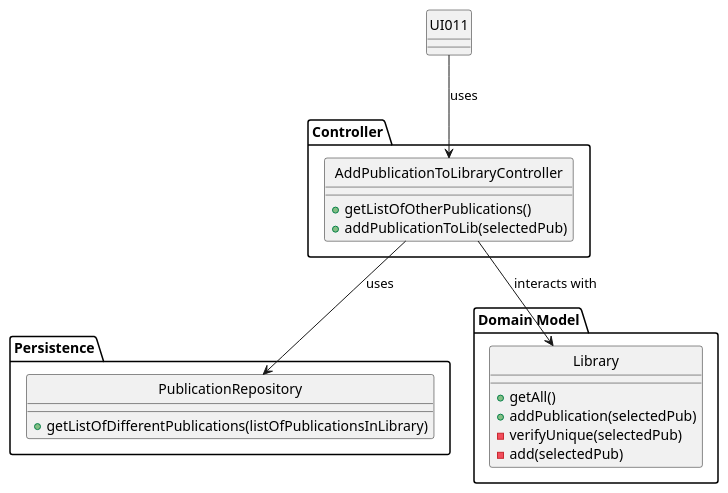
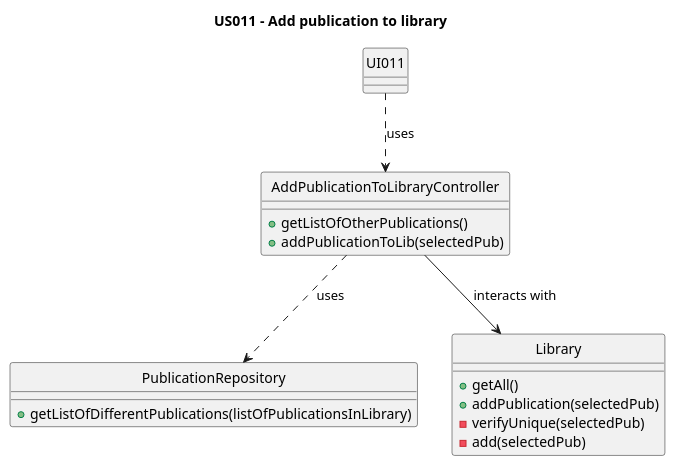
Before and after one commit to AndrePereiraGitH/SWitCH-Project-Team_A: the diagram in Diagrams/ClassDiagrams/US011-To-Add-A-Publication-To-Library.puml, drawn with PlantUML. The commit also changed 3 other files, not shown here.

Commit message:
Working on #106 #104, changes to the SD and CD diagrams (@RodrigoSPTD)

```diff
--- a/Diagrams/ClassDiagrams/US011-To-Add-A-Publication-To-Library.puml
+++ b/Diagrams/ClassDiagrams/US011-To-Add-A-Publication-To-Library.puml
@@ -1,37 +1,39 @@
 @startuml
+title US011 - Add publication to library
 
 hide circle
 
 
-
-package "Controller" {
-    class AddPublicationToLibraryController {
-        + getListOfOtherPublications()
-        + addPublicationToLib(selectedPub)
-    }
+class UI011 {
 }
 
-package "Persistence" {
-    class PublicationRepository {
-        + getListOfDifferentPublications(listOfPublicationsInLibrary)
-    }
-}
-
-package "Domain Model" {
-    class Library {
-        + getAll()
-        + addPublication(selectedPub)
-        - verifyUnique(selectedPub)
-        - add(selectedPub)
-    }
-
+class AddPublicationToLibraryController {
+    + getListOfOtherPublications()
+    + addPublicationToLib(selectedPub)
 }
 
 
-UI011 --> AddPublicationToLibraryController : uses
-AddPublicationToLibraryController --> PublicationRepository:uses
+
+class PublicationRepository {
+    + getListOfDifferentPublications(listOfPublicationsInLibrary)
+}
+
+
+
+class Library {
+    + getAll()
+    + addPublication(selectedPub)
+    - verifyUnique(selectedPub)
+    - add(selectedPub)
+}
+
+
+' ---------------- Relationships ----------------
+
+UI011 ..> AddPublicationToLibraryController : uses
+AddPublicationToLibraryController ..> PublicationRepository:uses
 AddPublicationToLibraryController -->Library : interacts with
 
 
 
 @enduml
```
